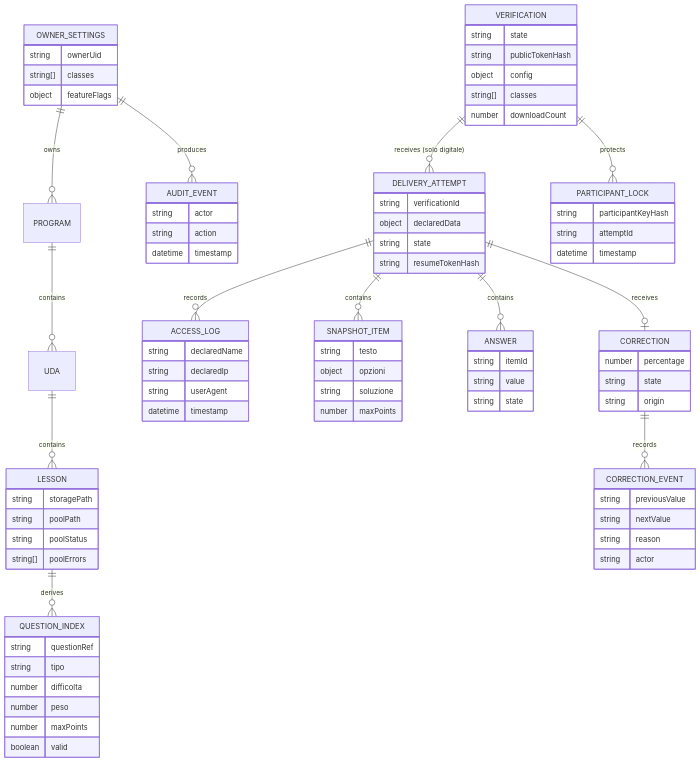
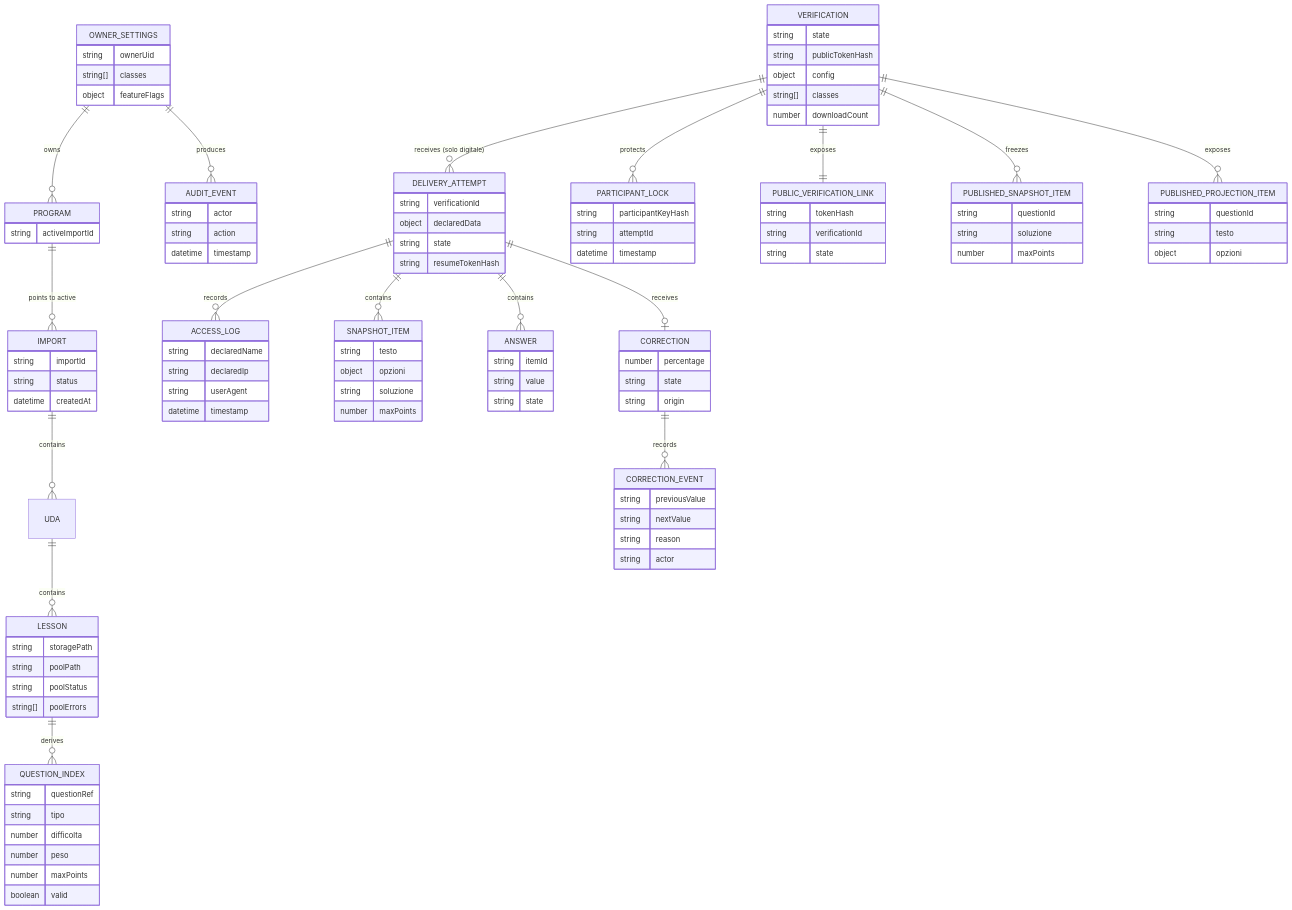
Before and after one commit to EnricoPaparo/SchoolForge: the diagram in documentazione/diagrammi/er-model.md, drawn with Mermaid. The commit also changed other lines of this file and 15 other files, not shown here.

````diff
--- a/documentazione/diagrammi/er-model.md
+++ b/documentazione/diagrammi/er-model.md
@@ -3,11 +3,15 @@
 ```mermaid
 erDiagram
     OWNER_SETTINGS ||--o{ PROGRAM : owns
-    PROGRAM ||--o{ UDA : contains
+    PROGRAM ||--o{ IMPORT : "points to active"
+    IMPORT ||--o{ UDA : contains
     UDA ||--o{ LESSON : contains
     LESSON ||--o{ QUESTION_INDEX : derives
     VERIFICATION ||--o{ DELIVERY_ATTEMPT : "receives (solo digitale)"
     VERIFICATION ||--o{ PARTICIPANT_LOCK : protects
+    VERIFICATION ||--|| PUBLIC_VERIFICATION_LINK : exposes
+    VERIFICATION ||--o{ PUBLISHED_SNAPSHOT_ITEM : freezes
+    VERIFICATION ||--o{ PUBLISHED_PROJECTION_ITEM : exposes
     DELIVERY_ATTEMPT ||--o{ ACCESS_LOG : records
     DELIVERY_ATTEMPT ||--o{ SNAPSHOT_ITEM : contains
     DELIVERY_ATTEMPT ||--o{ ANSWER : contains
@@ -19,6 +23,14 @@
         string ownerUid
         string[] classes
         object featureFlags
+    }
+    PROGRAM {
+        string activeImportId
+    }
+    IMPORT {
+        string importId
+        string status
+        datetime createdAt
     }
     LESSON {
         string storagePath
@@ -40,6 +52,21 @@
         object config
         string[] classes
         number downloadCount
+    }
+    PUBLIC_VERIFICATION_LINK {
+        string tokenHash
+        string verificationId
+        string state
+    }
+    PUBLISHED_SNAPSHOT_ITEM {
+        string questionId
+        string soluzione
+        number maxPoints
+    }
+    PUBLISHED_PROJECTION_ITEM {
+        string questionId
+        string testo
+        object opzioni
     }
     PARTICIPANT_LOCK {
         string participantKeyHash
````
